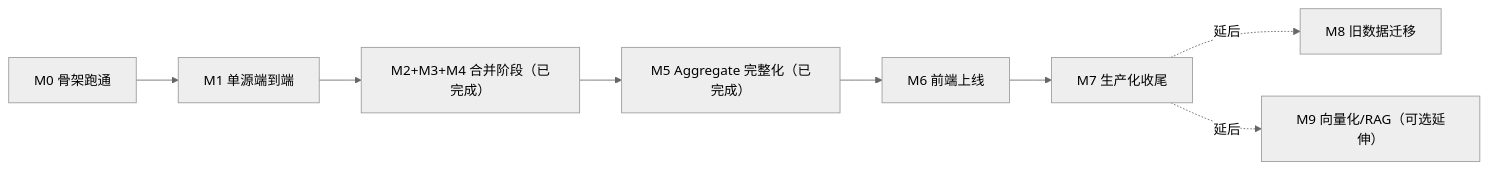
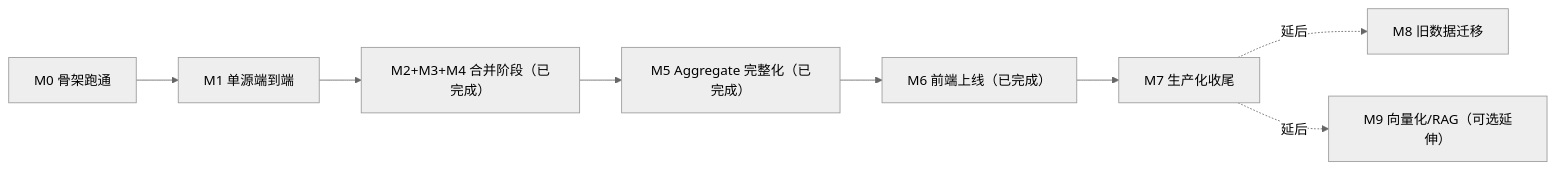
The diagram in docs/milestones/README.md (SkyJourney/ainews-project), drawn with Mermaid (neutral theme) before and after one commit. The commit also changed other lines of this file and 59 other files, not shown here.

````diff
--- a/docs/milestones/README.md
+++ b/docs/milestones/README.md
@@ -7,10 +7,10 @@
 ```mermaid
 flowchart LR
     M0[M0 骨架跑通] --> M1[M1 单源端到端]
     M1 --> M234["M2+M3+M4 合并阶段（已完成）"]
     M234 --> M5["M5 Aggregate 完整化（已完成）"]
-    M5 --> M6[M6 前端上线]
+    M5 --> M6["M6 前端上线（已完成）"]
     M6 --> M7[M7 生产化收尾]
     M7 -.延后.-> M8[M8 旧数据迁移]
     M7 -.延后.-> M9["M9 向量化/RAG（可选延伸）"]
 ```
````
